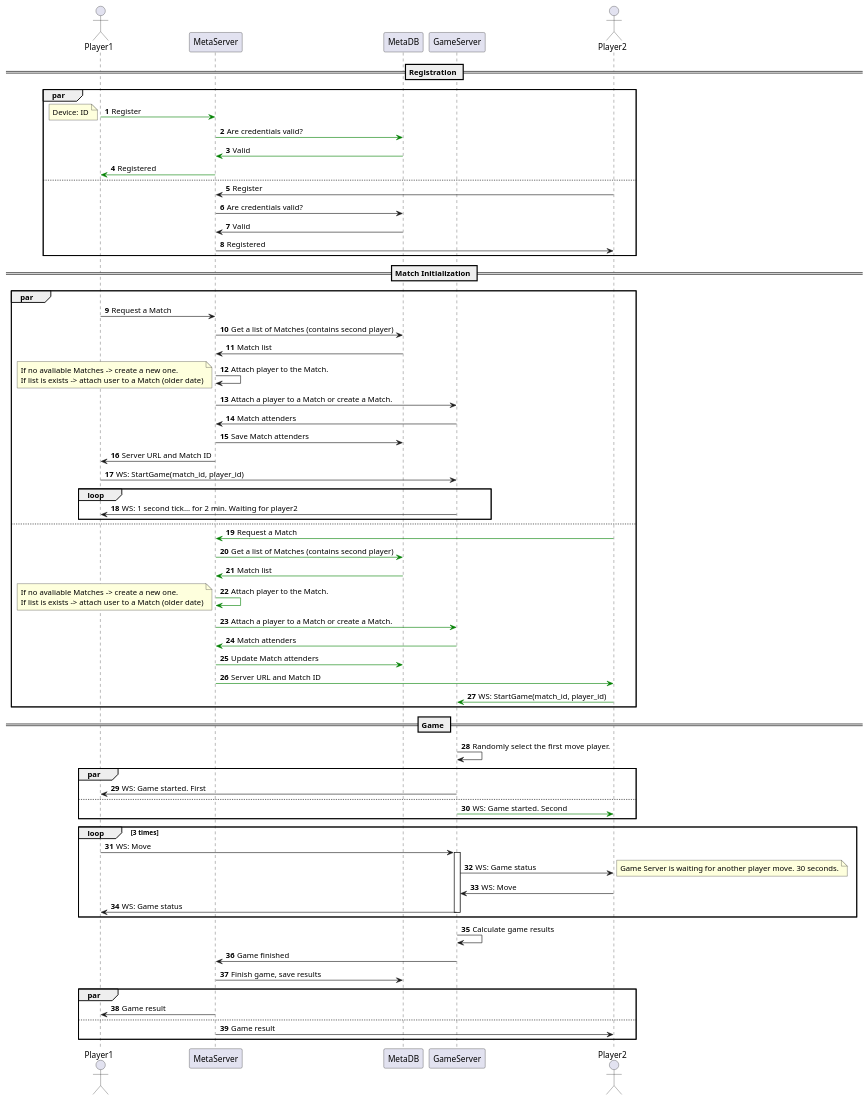
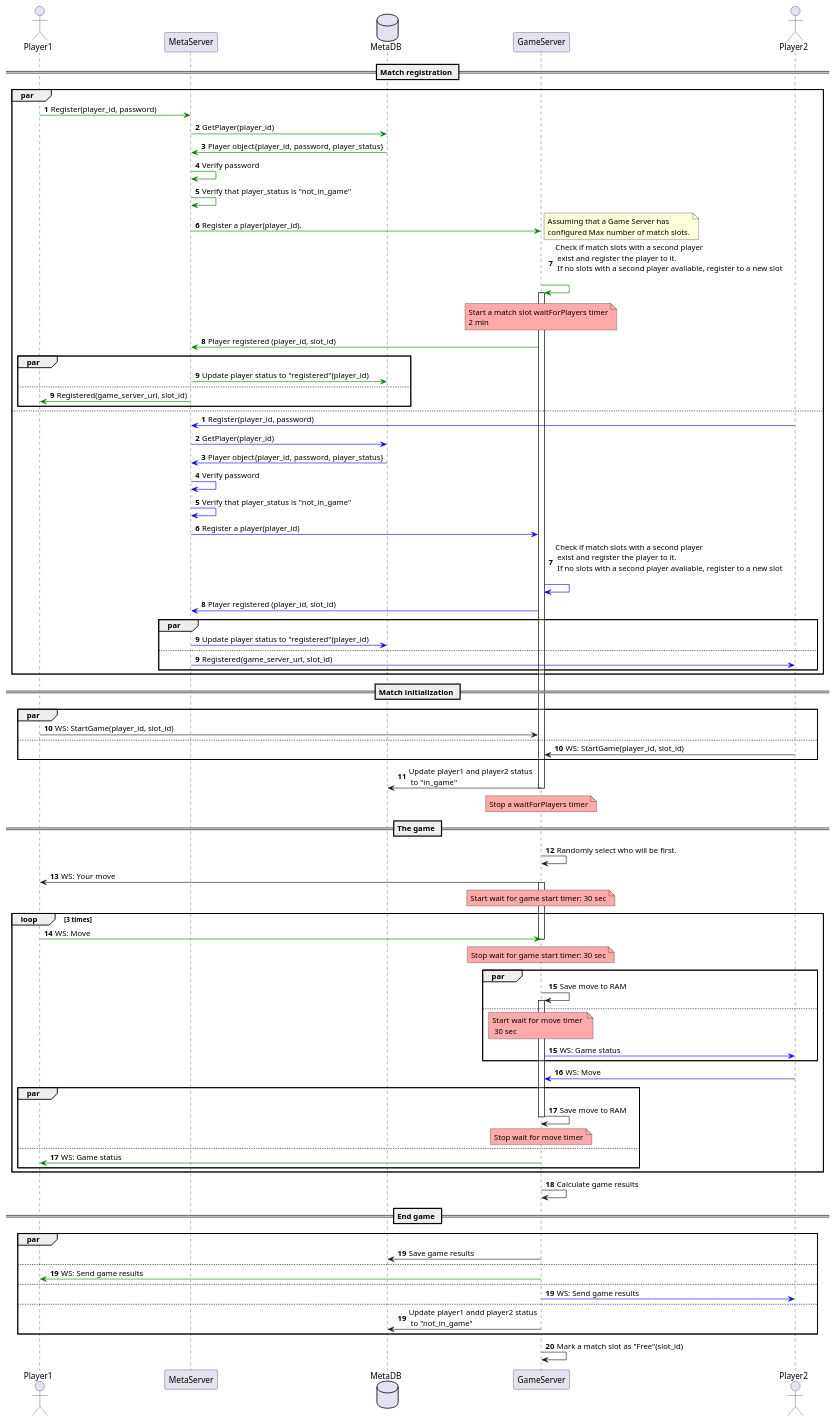
One commit to volkovartem/isac-game-server changed the diagram in docs/diagrams/src/sequense.wsd. Above: the diagram before and after it, drawn with PlantUML. The commit also changed 2 other files, not shown here.

```diff
--- a/docs/diagrams/src/sequense.wsd
+++ b/docs/diagrams/src/sequense.wsd
@@ -1,91 +1,113 @@
 @startuml
 
 actor Player1 as pl1
 participant MetaServer as ms
 
-participant MetaDB as db
+database MetaDB as db
 participant GameServer as gs
 actor Player2 as pl2
+
+== Match registration ==
+par
 autonumber
-== Registration ==
+pl1 -[#green]> ms: Register(player_id, password)
+ms -[#green]> db: GetPlayer(player_id)
+ms <[#green]- db: Player object{player_id, password, player_status}
+ms -[#green]> ms:  Verify password
+ms -[#green]> ms:  Verify that player_status is "not_in_game"
+    ms -[#green]> gs: Register a player(player_id).
+    note right: Assuming that a Game Server has \nconfigured Max number of match slots.
+    gs -[#green]> gs: Check if match slots with a second player \n exist and register the player to it. \n If no slots with a second player avaliable, register to a new slot\n
+    activate gs
+    note over gs #FFAAAA: Start a match slot waitForPlayers timer\n2 min
+    gs -[#green]> ms: Player registered (player_id, slot_id)
+    autonumber stop
+    par
+      autonumber 9
+      ms -[#green]> db: Update player status to "registered"(player_id)
+    else
+      autonumber 9
+      ms -[#green]> pl1: Registered(game_server_url, slot_id)
+    end
+    autonumber stop
+else
+autonumber
+pl2 -[#blue]> ms: Register(player_id, password)
+ms -[#blue]> db: GetPlayer(player_id)
+ms <[#blue]- db: Player object{player_id, password, player_status}
+ms -[#blue]> ms:  Verify password
+ms -[#blue]> ms:  Verify that player_status is "not_in_game"
+    ms -[#blue]> gs: Register a player(player_id)
+    gs -[#blue]> gs: Check if match slots with a second player \n exist and register the player to it. \n If no slots with a second player avaliable, register to a new slot\n
+
+    gs -[#blue]> ms: Player registered (player_id, slot_id)
+    par
+      autonumber 9
+      ms -[#blue]> db: Update player status to "registered"(player_id)
+    else
+      autonumber 9
+      ms -[#blue]> pl2: Registered(game_server_url, slot_id)
+    end
+end
+== Match initialization ==
 par
-pl1 -[#green]> ms: Register
+  autonumber 10
+  pl1 -> gs: WS: StartGame(player_id, slot_id)
+else
+  autonumber 10
+  pl2 -> gs: WS: StartGame(player_id, slot_id)
+end
+gs -> db: Update player1 and player2 status \n to "in_game"
+note over gs #FFAAAA: Stop a waitForPlayers timer
+deactivate gs
+== The game ==
+gs -> gs: Randomly select who will be first.
+gs -> pl1: WS: Your move
+activate gs
+note over gs #FFAAAA: Start wait for game start timer: 30 sec
 
-    note left
-      Device: ID
-    end note
-ms -[#green]> db: Are credentials valid?
-ms <[#green]- db: Valid
-pl1 <[#green]- ms: Registered
-else
-pl2 -> ms: Register
 
-ms -> db: Are credentials valid?
-ms <- db: Valid
-pl2 <- ms: Registered
-end
-== Match Initialization ==
-par
-  pl1 -> ms: Request a Match
-  ms -> db: Get a list of Matches (contains second player)
-  db -> ms: Match list
-  ms -> ms: Attach player to the Match.
-      note left
-        If no avaliable Matches -> create a new one. 
-        If list is exists -> attach user to a Match (older date)
-      end note
-  ms -> gs: Attach a player to a Match or create a Match.
-  gs -> ms: Match attenders
-  ms -> db: Save Match attenders
-  ms -> pl1: Server URL and Match ID
-  pl1 -> gs: WS: StartGame(match_id, player_id)
-      loop
-        gs -> pl1: WS: 1 second tick... for 2 min. Waiting for player2
-      end
-else
-  pl2 -[#green]> ms: Request a Match
-  ms -[#green]> db: Get a list of Matches (contains second player)
-  db -[#green]> ms: Match list
-  ms -[#green]> ms: Attach player to the Match.
-      note left
-        If no avaliable Matches -> create a new one. 
-        If list is exists -> attach user to a Match (older date)
-      end note
-  ms -[#green]> gs: Attach a player to a Match or create a Match.
-  gs -[#green]> ms: Match attenders
-  ms -[#green]> db: Update Match attenders
-  ms -[#green]> pl2: Server URL and Match ID
-  pl2 -[#green]> gs: WS: StartGame(match_id, player_id)
-end
-== Game ==
-gs -> gs: Randomly select the first move player.
-par
-  gs -> pl1: WS: Game started. First
-else
-  gs -[#green]> pl2: WS: Game started. Second
-end
 loop 3 times
-  pl1 -> gs: WS: Move
-  activate gs
-  gs -> pl2: WS: Game status
-    note right
-      Game Server is waiting for another player move. 30 seconds.
-    end note
-  pl2 -> gs: WS: Move
-  gs -> pl1: WS: Game status
+  pl1 -[#green]> gs: WS: Move
   deactivate gs
-end
+  note over gs #FFAAAA: Stop wait for game start timer: 30 sec
+    par
+      autonumber 15
+      gs -> gs: Save move to RAM
+      activate gs
+    else
+      autonumber 15
+      note over gs #FFAAAA: Start wait for move timer \n 30 sec
+      gs -[#blue]> pl2: WS: Game status
+    end
+  pl2 -[#blue]> gs: WS: Move
+    par
+      autonumber 17
+      gs -> gs: Save move to RAM
+      deactivate gs
+      note over gs #FFAAAA: Stop wait for move timer
+    else
+      autonumber 17
+      gs -[#green]> pl1: WS: Game status
+    end
+  deactivate gs
+  end
 
 gs -> gs: Calculate game results
-gs -> ms: Game finished
-ms -> db: Finish game, save results
+
+== End game ==
 par
-  ms -> pl1: Game result
+autonumber 19
+gs -> db: Save game results
 else
-  ms -> pl2: Game result
+autonumber 19
+gs -[#green]> pl1: WS: Send game results
+else
+autonumber 19
+gs -[#blue]> pl2: WS: Send game results
+else
+autonumber 19
+gs -> db: Update player1 andd player2 status\n to "not_in_game"       
 end
-autonumber stop
-
-
-
+gs -> gs: Mark a match slot as "Free"(slot_id)
 @enduml
```
